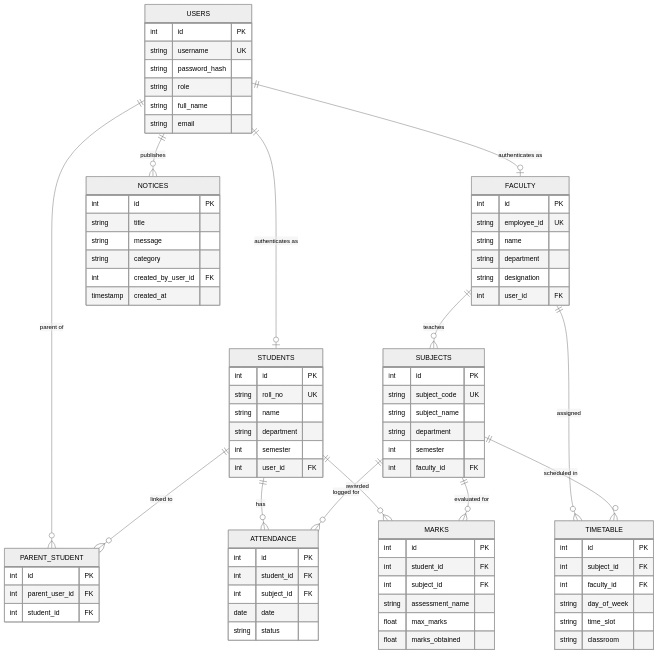
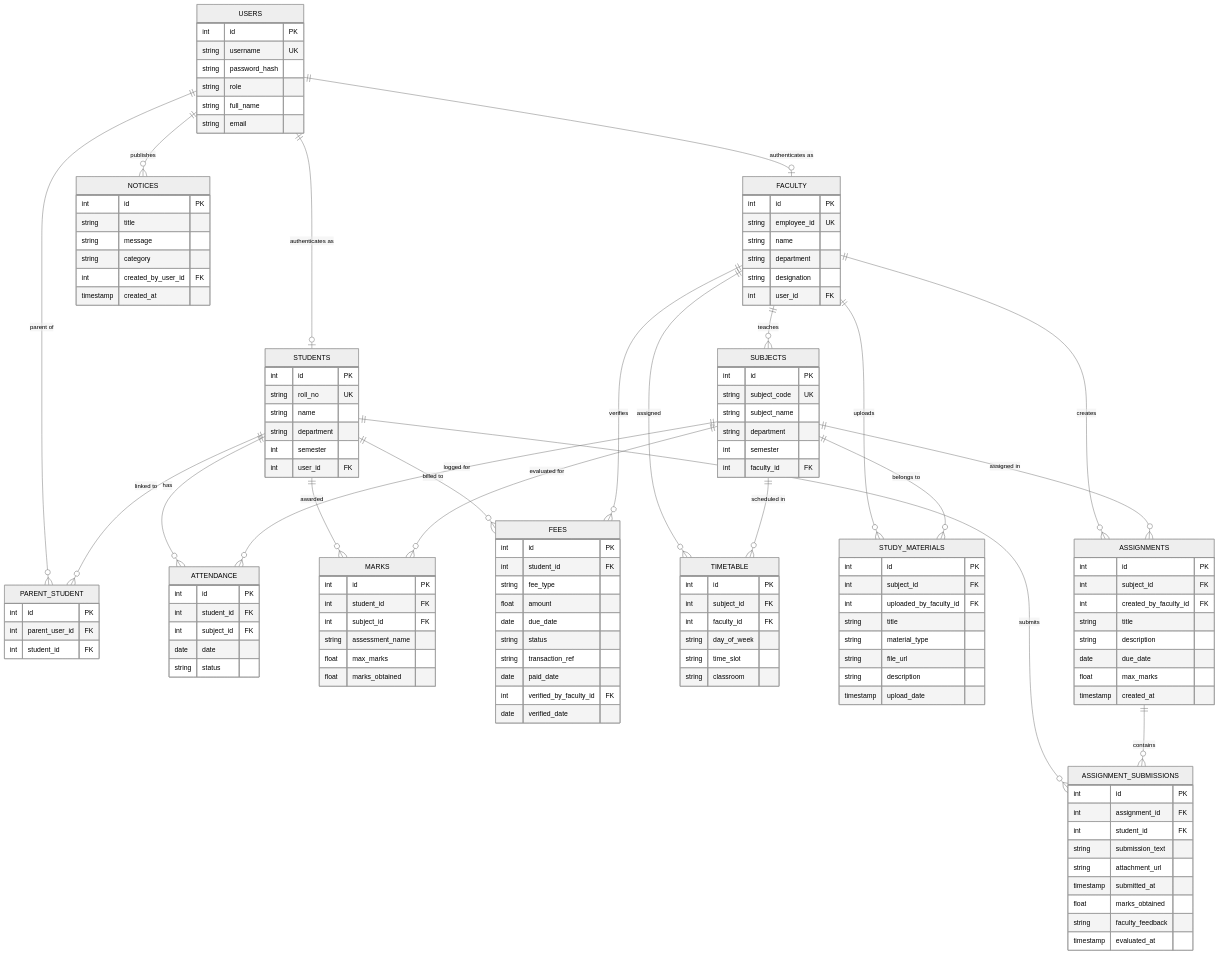
Before and after one commit to GOUTHAMVE04/Adwaith-Project: the second of 2 diagrams in PROJECT_REPORT.md, drawn with Mermaid (neutral theme). The commit also changed other lines of this file and 30 other files, not shown here.

````diff
--- a/PROJECT_REPORT.md
+++ b/PROJECT_REPORT.md
@@ -97,11 +97,19 @@
     STUDENTS ||--o{ PARENT_STUDENT : "linked to"
     STUDENTS ||--o{ ATTENDANCE : "has"
     STUDENTS ||--o{ MARKS : "awarded"
+    STUDENTS ||--o{ FEES : "billed to"
+    STUDENTS ||--o{ ASSIGNMENT_SUBMISSIONS : "submits"
     FACULTY ||--o{ SUBJECTS : "teaches"
     FACULTY ||--o{ TIMETABLE : "assigned"
+    FACULTY ||--o{ STUDY_MATERIALS : "uploads"
+    FACULTY ||--o{ ASSIGNMENTS : "creates"
+    FACULTY ||--o{ FEES : "verifies"
     SUBJECTS ||--o{ ATTENDANCE : "logged for"
     SUBJECTS ||--o{ MARKS : "evaluated for"
     SUBJECTS ||--o{ TIMETABLE : "scheduled in"
+    SUBJECTS ||--o{ STUDY_MATERIALS : "belongs to"
+    SUBJECTS ||--o{ ASSIGNMENTS : "assigned in"
+    ASSIGNMENTS ||--o{ ASSIGNMENT_SUBMISSIONS : "contains"
 
     USERS {
         int id PK
@@ -179,4 +187,51 @@
         int created_by_user_id FK
         timestamp created_at
     }
+
+    FEES {
+        int id PK
+        int student_id FK
+        string fee_type
+        float amount
+        date due_date
+        string status
+        string transaction_ref
+        date paid_date
+        int verified_by_faculty_id FK
+        date verified_date
+    }
+
+    STUDY_MATERIALS {
+        int id PK
+        int subject_id FK
+        int uploaded_by_faculty_id FK
+        string title
+        string material_type
+        string file_url
+        string description
+        timestamp upload_date
+    }
+
+    ASSIGNMENTS {
+        int id PK
+        int subject_id FK
+        int created_by_faculty_id FK
+        string title
+        string description
+        date due_date
+        float max_marks
+        timestamp created_at
+    }
+
+    ASSIGNMENT_SUBMISSIONS {
+        int id PK
+        int assignment_id FK
+        int student_id FK
+        string submission_text
+        string attachment_url
+        timestamp submitted_at
+        float marks_obtained
+        string faculty_feedback
+        timestamp evaluated_at
+    }
 ```
````
